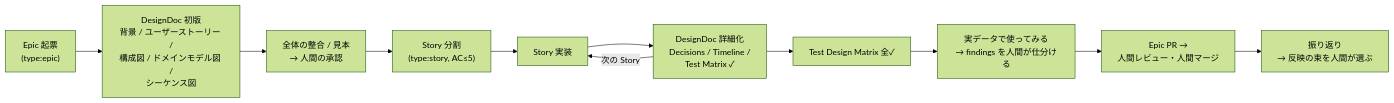
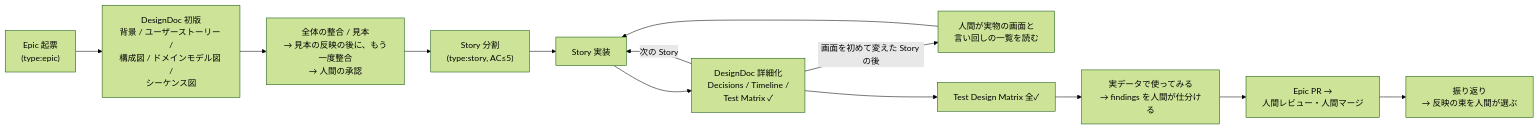
The second of 2 diagrams in docs/WORKFLOW.md (etoyama/repo-template), drawn with Mermaid (forest theme) before and after one commit. The commit also changed other lines of this file and 8 other files, not shown here.

````diff
--- a/docs/WORKFLOW.md
+++ b/docs/WORKFLOW.md
@@ -68,13 +68,15 @@
 ```mermaid
 flowchart LR
     A["Epic 起票<br/>(type:epic)"] --> B["DesignDoc 初版<br/>背景 / ユーザーストーリー /<br/>構成図 / ドメインモデル図 /<br/>シーケンス図"]
-    B --> B2["全体の整合 / 見本<br/>→ 人間の承認"]
+    B --> B2["全体の整合 / 見本<br/>→ 見本の反映の後に、もう一度整合<br/>→ 人間の承認"]
     B2 --> C["Story 分割<br/>(type:story, AC≤5)"]
     C --> D["Story 実装"]
     D --> E["DesignDoc 詳細化<br/>Decisions / Timeline /<br/>Test Matrix ✓"]
     E -->|次の Story| D
+    E -->|画面を初めて変えた Story の後| R["人間が実物の画面と<br/>言い回しの一覧を読む"]
+    R --> D
     E --> F["Test Design Matrix 全✓"]
     F --> T["実データで使ってみる<br/>→ findings を人間が仕分ける"]
     T --> G["Epic PR →<br/>人間レビュー・人間マージ"]
     G --> H["振り返り<br/>→ 反映の束を人間が選ぶ"]
 ```
````
